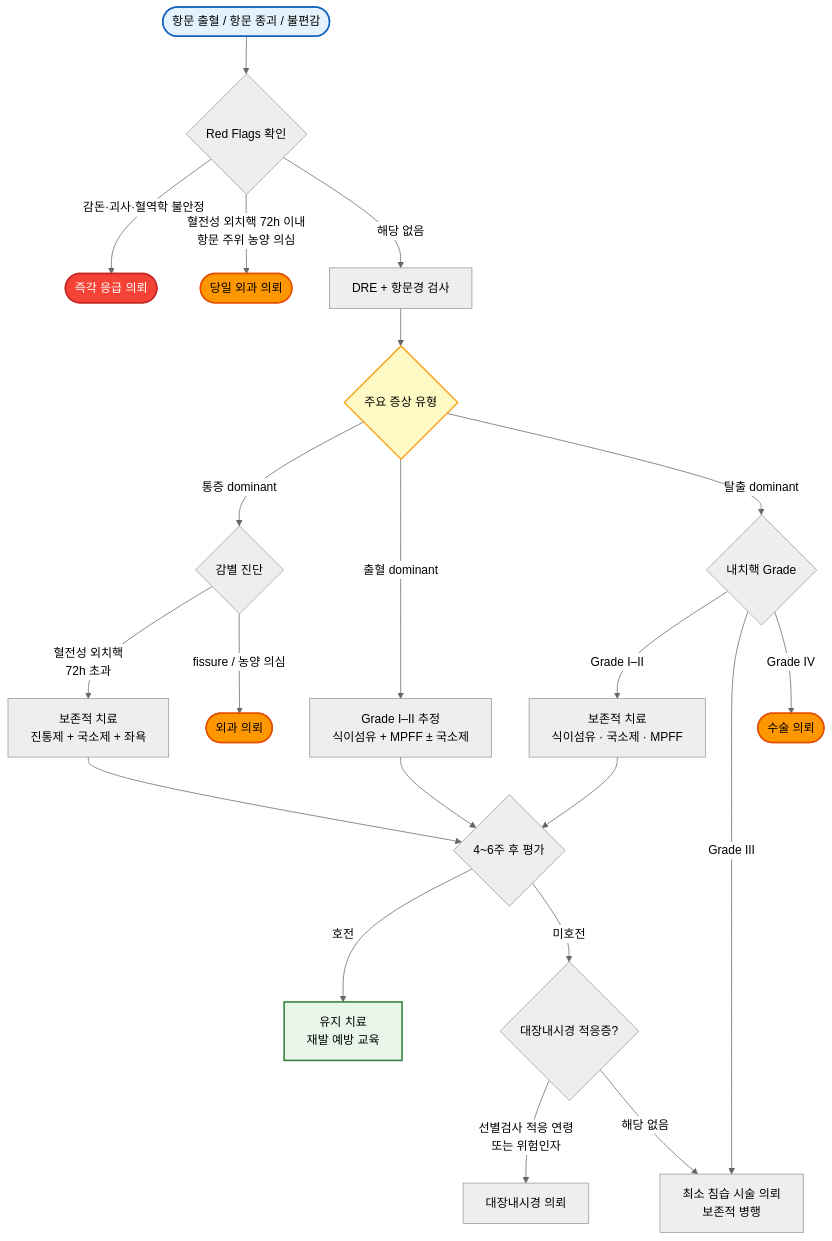
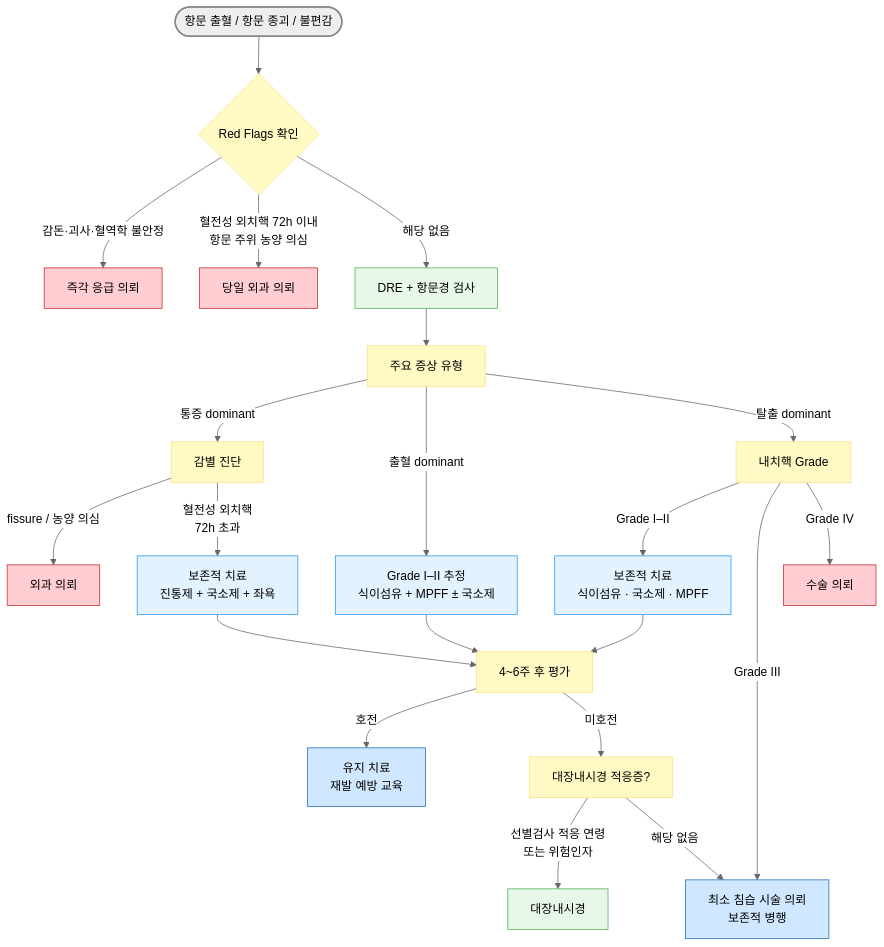
One commit to familyoh77/familyoh77 changed the diagram in 224_/089_-hemorrhoid.md. Above: the diagram before and after it, drawn with Mermaid (neutral theme). The commit also changed other lines of this file, not shown here.

Commit message:
GITBOOK-995: No subject

````diff
--- a/224_/089_-hemorrhoid.md
+++ b/224_/089_-hemorrhoid.md
@@ -81,39 +79,35 @@
 ```mermaid
 graph TD
     A([항문 출혈 / 항문 종괴 / 불편감]) --> B{Red Flags 확인}
-
-    B -->|감돈·괴사·혈역학 불안정| C([즉각 응급 의뢰])
-    B -->|혈전성 외치핵 72h 이내\n항문 주위 농양 의심| D([당일 외과 의뢰])
+    B -->|감돈·괴사·혈역학 불안정| C[즉각 응급 의뢰]
+    B -->|혈전성 외치핵 72h 이내<br/>항문 주위 농양 의심| D[당일 외과 의뢰]
     B -->|해당 없음| E[DRE + 항문경 검사]
-
-    E --> P{주요 증상 유형}
-
-    P -->|통증 dominant| Q{감별 진단}
-    P -->|출혈 dominant| R[Grade I–II 추정\n식이섬유 + MPFF ± 국소제]
-    P -->|탈출 dominant| F{내치핵 Grade}
-
-    Q -->|혈전성 외치핵\n72h 초과| G[보존적 치료\n진통제 + 국소제 + 좌욕]
-    Q -->|fissure / 농양 의심| S([외과 의뢰])
-
-    R --> K{4~6주 후 평가}
+    E --> P[주요 증상 유형]
+    P -->|통증 dominant| Q[감별 진단]
+    P -->|출혈 dominant| R[Grade I–II 추정<br/>식이섬유 + MPFF ± 국소제]
+    P -->|탈출 dominant| F[내치핵 Grade]
+    Q -->|fissure / 농양 의심| S[외과 의뢰]
+    Q -->|혈전성 외치핵<br/>72h 초과| G[보존적 치료<br/>진통제 + 국소제 + 좌욕]
+    R --> K[4~6주 후 평가]
     G --> K
-
-    F -->|Grade I–II| H[보존적 치료\n식이섬유 · 국소제 · MPFF]
-    F -->|Grade III| I[최소 침습 시술 의뢰\n보존적 병행]
-    F -->|Grade IV| J([수술 의뢰])
-
+    F -->|Grade I–II| H[보존적 치료<br/>식이섬유 · 국소제 · MPFF]
+    F -->|Grade III| I[최소 침습 시술 의뢰<br/>보존적 병행]
+    F -->|Grade IV| J[수술 의뢰]
     H --> K
-    K -->|호전| L[유지 치료\n재발 예방 교육]
-    K -->|미호전| M{대장내시경 적응증?}
-
-    M -->|선별검사 적응 연령\n또는 위험인자| N[대장내시경 의뢰]
+    K -->|호전| L[유지 치료<br/>재발 예방 교육]
+    K -->|미호전| M[대장내시경 적응증?]
+    M -->|선별검사 적응 연령<br/>또는 위험인자| N[대장내시경]
     M -->|해당 없음| I
 
-    style C fill:#f44336,stroke:#c62828,stroke-width:2px,color:#fff
-    style D fill:#ff9800,stroke:#e65100,stroke-width:2px
-    style S fill:#ff9800,stroke:#e65100,stroke-width:2px
-    style J fill:#ff9800,stroke:#e65100,stroke-width:2px
-    style A fill:#e3f2fd,stroke:#1565c0,stroke-width:2px
-    style P fill:#fff9c4,stroke:#f9a825,stroke-width:2px
-    style L fill:#e8f5e9,stroke:#2e7d32,stroke-width:2px
+style A fill:#eeeeee,stroke:#888888,stroke-width:2px
+classDef yellow fill:#fff9c4,stroke:#ffe082
+class B,P,Q,F,K,M yellow
+classDef L_red fill:#ffcdd2,stroke:#c62828
+class C,D,S,J L_red
+classDef sky fill:#e3f2ff,stroke:#2196f3
+class G,R,H sky
+classDef blue fill:#d0e8ff,stroke:#1a6abf
+class L,I blue
+classDef lightGreen fill:#e8f8e8,stroke:#4caf50
+class E,N lightGreen
 ```
````
